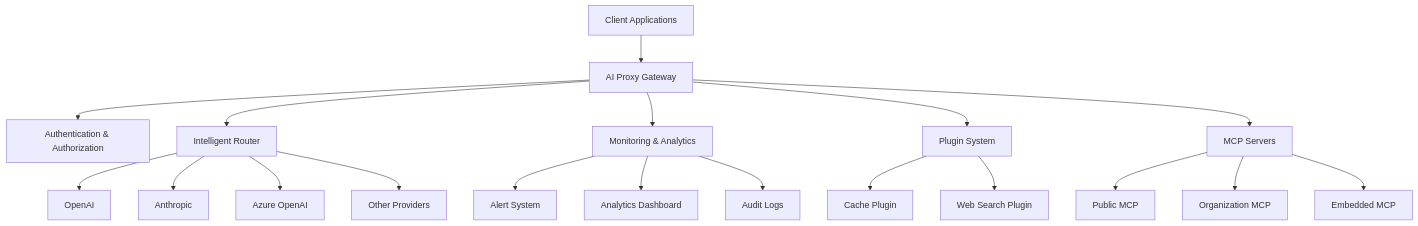
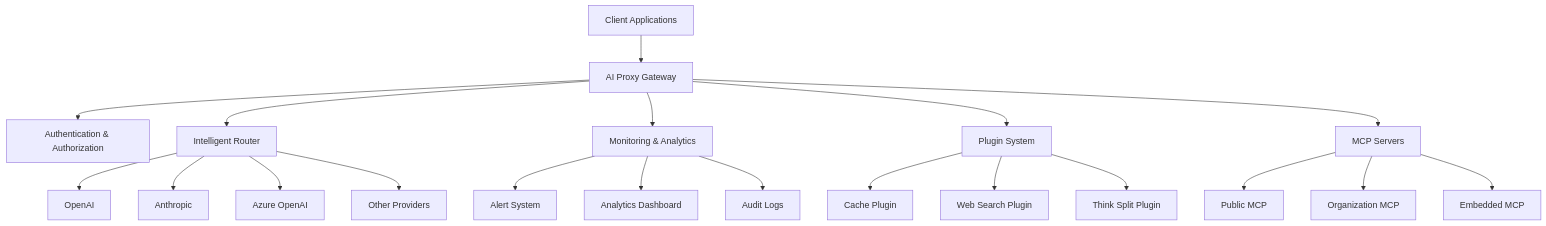
The diagram in README.md (zijiren233/aiproxy), drawn with Mermaid before and after one commit. The commit also changed other lines of this file and 1 other file, not shown here.

````diff
--- a/README.md
+++ b/README.md
@@ -64,25 +64,26 @@
 ```mermaid
 graph TB
     Client[Client Applications] --> Gateway[AI Proxy Gateway]
     Gateway --> Auth[Authentication & Authorization]
     Gateway --> Router[Intelligent Router]
     Gateway --> Monitor[Monitoring & Analytics]
     Gateway --> Plugins[Plugin System]
     
     Plugins --> CachePlugin[Cache Plugin]
     Plugins --> SearchPlugin[Web Search Plugin]
-    
+    Plugins --> ThinkSplitPlugin[Think Split Plugin]
+
     Router --> Provider1[OpenAI]
     Router --> Provider2[Anthropic]
     Router --> Provider3[Azure OpenAI]
     Router --> ProviderN[Other Providers]
     
     Gateway --> MCP[MCP Servers]
     MCP --> PublicMCP[Public MCP]
     MCP --> GroupMCP[Organization MCP]
     MCP --> EmbedMCP[Embedded MCP]
     
     Monitor --> Alerts[Alert System]
     Monitor --> Analytics[Analytics Dashboard]
     Monitor --> Logs[Audit Logs]
 ```
````
